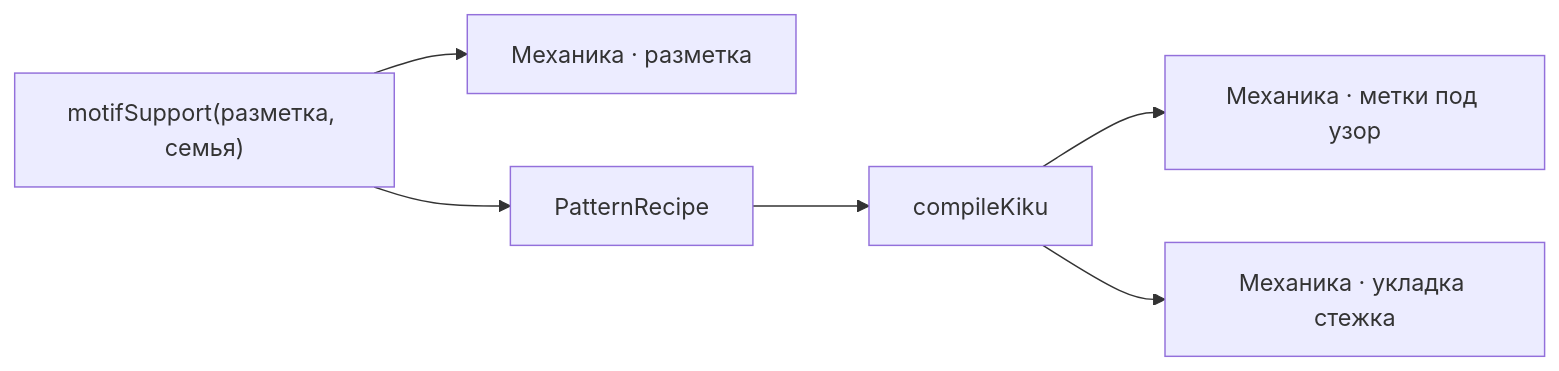
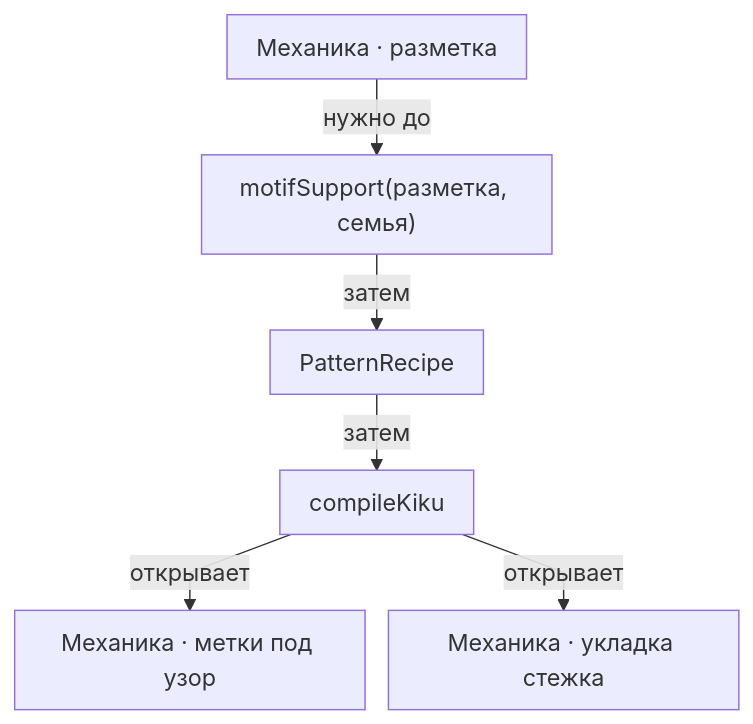
One commit to newYurk/temari changed the diagram in Temari-Obsidian/01 Механики/Механика · рецепт узора.md. Above: the diagram before and after it, drawn with Mermaid. The commit also changed other lines of this file and 61 other files, not shown here.

Commit message:
fix(vault): show readable craft relationships and distinct graph nodes

````diff
--- a/Temari-Obsidian/01 Механики/Механика · рецепт узора.md
+++ b/Temari-Obsidian/01 Механики/Механика · рецепт узора.md
@@ -21,15 +22,16 @@
 ```mermaid
-flowchart LR
+%%{init: {"flowchart":{"nodeSpacing":16,"rankSpacing":28,"curve":"linear","padding":10},"themeVariables":{"fontSize":"16px"}}}%%
+flowchart TB
   IN0["Механика · разметка"]
   S0["motifSupport(разметка, семья)"]
   S1["PatternRecipe"]
   S2["compileKiku"]
   OUT0["Механика · метки под узор"]
   OUT1["Механика · укладка стежка"]
-  S0 --> IN0
-  S0 --> S1
-  S1 --> S2
-  S2 --> OUT0
-  S2 --> OUT1
+  IN0 -->|нужно до| S0
+  S0 -->|затем| S1
+  S1 -->|затем| S2
+  S2 -->|открывает| OUT0
+  S2 -->|открывает| OUT1
   class IN0,OUT0,OUT1 internal-link;
 ```
````
